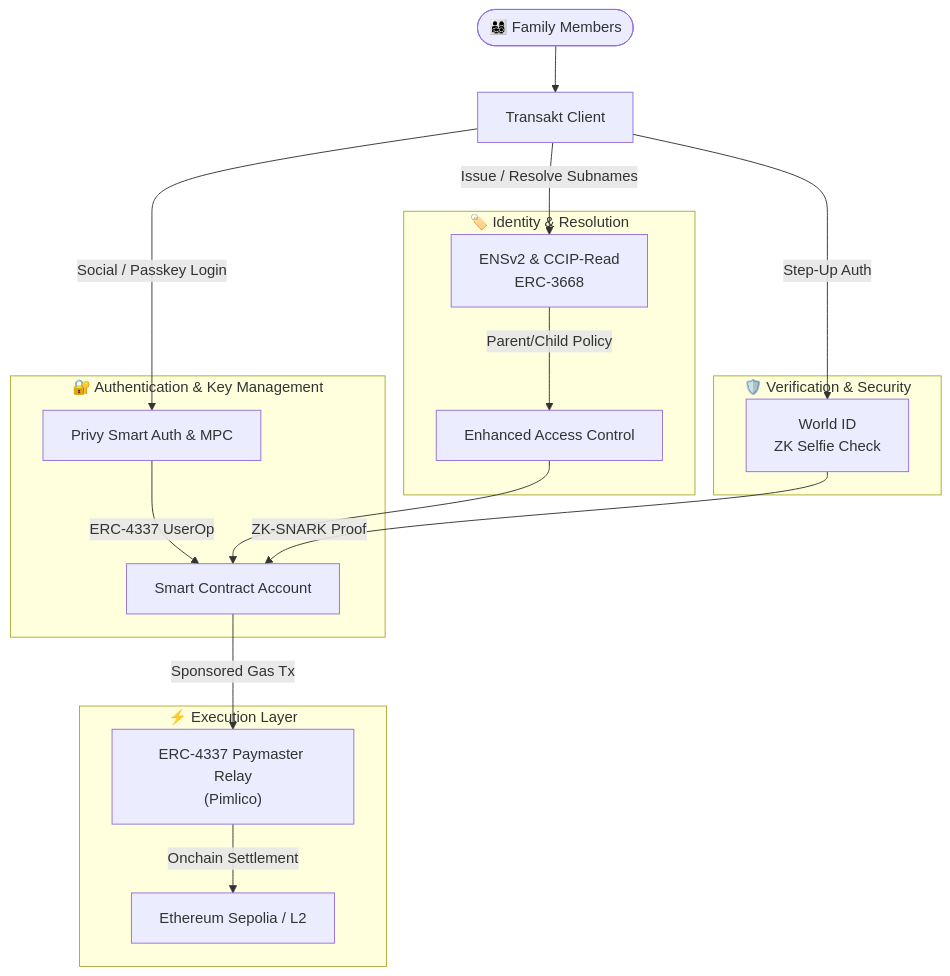
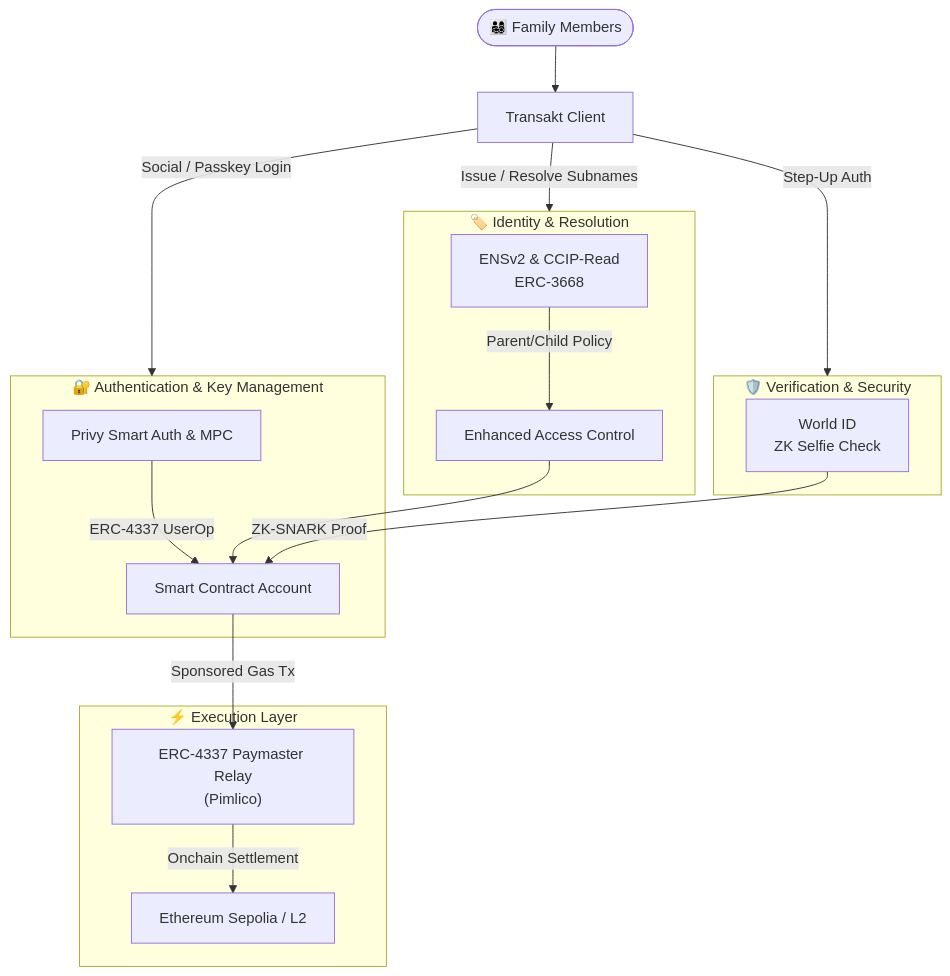
Before and after one commit to shashanka2a/Transakt_App: the diagram in README.md, drawn with Mermaid. The commit also changed other lines of this file and 10 other files, not shown here.

````diff
--- a/README.md
+++ b/README.md
@@ -53,33 +53,33 @@
 ```mermaid
 flowchart TB
     User(["👨‍👩‍👧‍👦 Family Members"])
     User --> UI["Transakt Client"]
 
-    UI -->|"Social / Passkey Login"| Privy
-    UI -->|"Issue / Resolve Subnames"| ENS
-    UI -->|"Step-Up Auth"| WorldID
+    UI -->|"Social / Passkey Login"| Auth
+    UI -->|"Issue / Resolve Subnames"| Identity
+    UI -->|"Step-Up Auth"| Security
 
     subgraph Identity["🏷️ Identity & Resolution"]
         ENS["ENSv2 & CCIP-Read\nERC-3668"]
         ENS -->|"Parent/Child Policy"| EAC["Enhanced Access Control"]
     end
 
     subgraph Auth["🔐 Authentication & Key Management"]
         Privy["Privy Smart Auth & MPC"]
         Privy -->|"ERC-4337 UserOp"| AA["Smart Contract Account"]
     end
 
     subgraph Security["🛡️ Verification & Security"]
         WorldID["World ID\nZK Selfie Check"]
     end
 
     EAC --> AA
     WorldID -->|"ZK-SNARK Proof"| AA
 
     AA -->|"Sponsored Gas Tx"| Paymaster
 
     subgraph Execution["⚡ Execution Layer"]
         Paymaster["ERC-4337 Paymaster Relay\n(Pimlico)"]
         Paymaster -->|"Onchain Settlement"| Sepolia["Ethereum Sepolia / L2"]
     end
 ```
````
